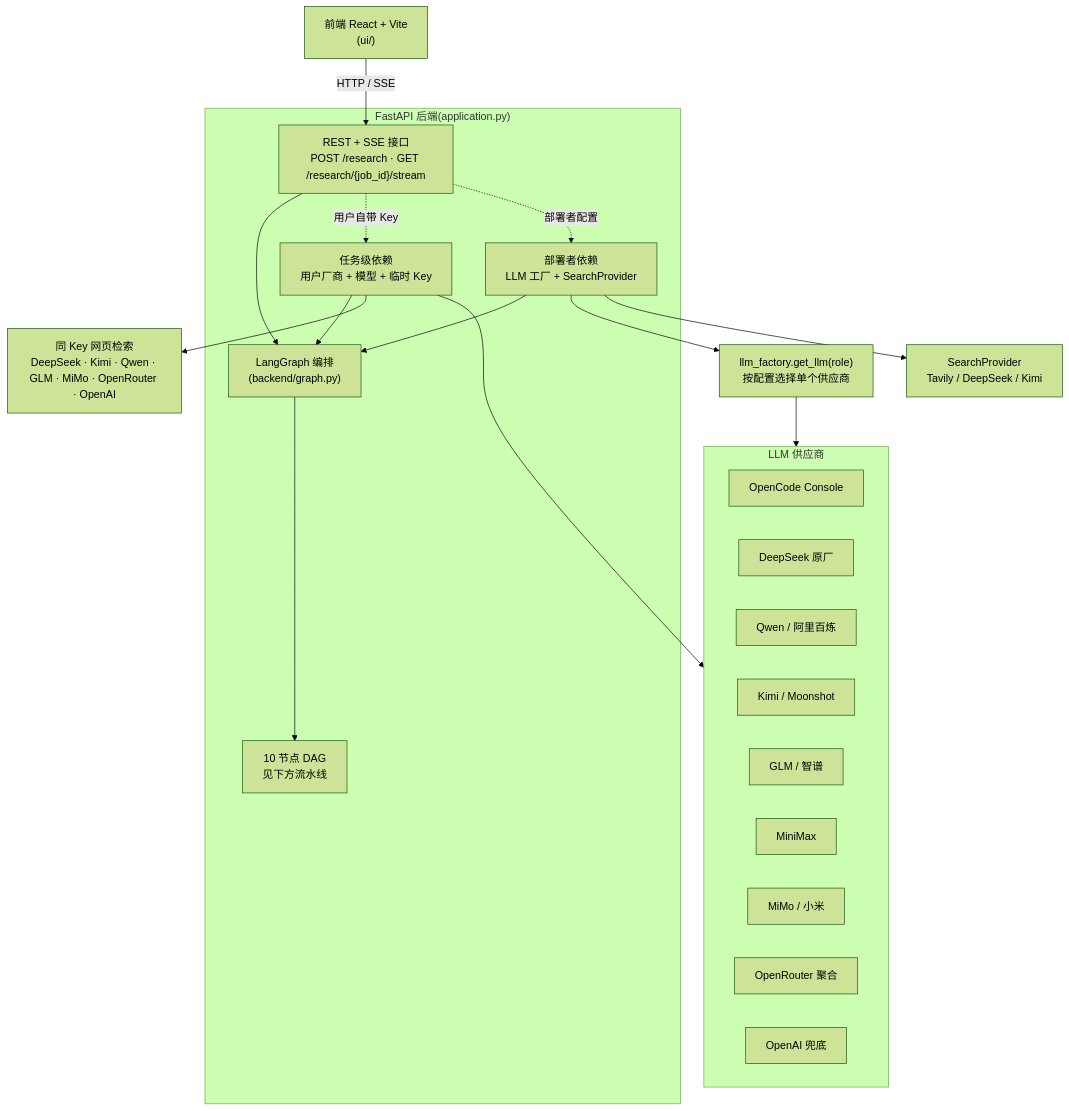
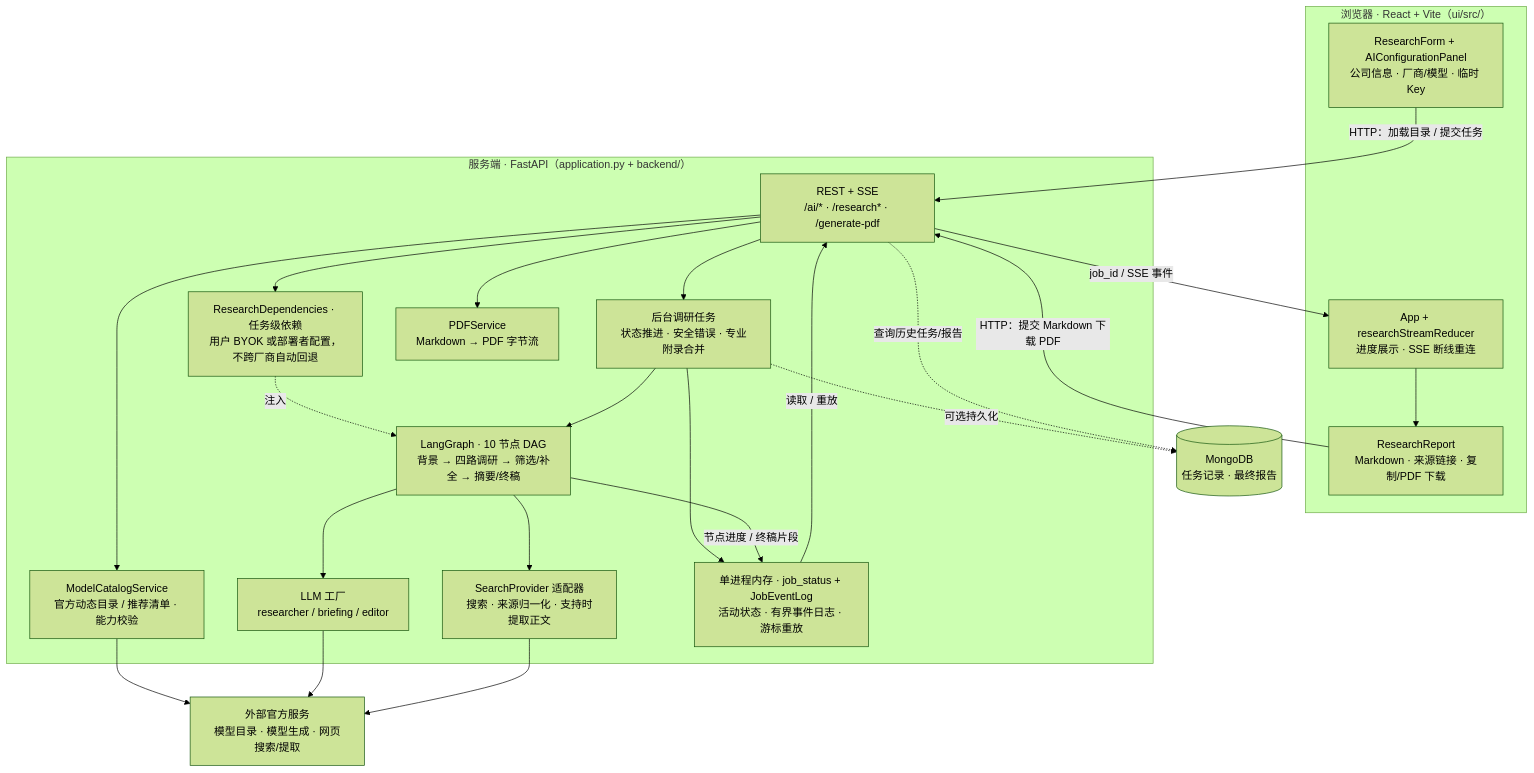
One commit to BovmantH/cn-company-research-agent changed the first of 2 diagrams in README.md. Above: the diagram before and after it, drawn with Mermaid (forest theme). The commit also changed other lines of this file, not shown here.

Commit message:
docs(architecture): 展开前后端架构并说明运行边界

````diff
--- a/README.md
+++ b/README.md
@@ -63,32 +65,42 @@
 ```mermaid
 flowchart TB
-    UI["前端 React + Vite<br/>(ui/)"] -- HTTP / SSE --> API
-    subgraph Backend["FastAPI 后端(application.py)"]
-        API["REST + SSE 接口<br/>POST /research · GET /research/{job_id}/stream"]
-        ClientDeps["任务级依赖<br/>用户厂商 + 模型 + 临时 Key"]
-        ServerDeps["部署者依赖<br/>LLM 工厂 + SearchProvider"]
-        Graph["LangGraph 编排<br/>(backend/graph.py)"]
-        API --> Graph
-        API -.用户自带 Key.-> ClientDeps
-        API -.部署者配置.-> ServerDeps
-        ClientDeps --> Graph
-        ServerDeps --> Graph
-        Graph --> Pipeline["10 节点 DAG<br/>见下方流水线"]
+    subgraph Frontend["浏览器 · React + Vite（ui/src/）"]
+        Form["ResearchForm + AIConfigurationPanel<br/>公司信息 · 厂商/模型 · 临时 Key"]
+        Progress["App + researchStreamReducer<br/>进度展示 · SSE 断线重连"]
+        Report["ResearchReport<br/>Markdown · 来源链接 · 复制/PDF 下载"]
+        Progress --> Report
     end
-    ClientDeps --> NativeSearch["同 Key 网页检索<br/>DeepSeek · Kimi · Qwen · GLM · MiMo · OpenRouter · OpenAI"]
-    ServerDeps --> LLM["llm_factory.get_llm(role)<br/>按配置选择单个供应商"]
-    ServerDeps --> Search["SearchProvider<br/>Tavily / DeepSeek / Kimi"]
-    ClientDeps --> Vendors
-    LLM --> Vendors
-    subgraph Vendors["LLM 供应商"]
-        OC[OpenCode Console]
-        D[DeepSeek 原厂]
-        Q[Qwen / 阿里百炼]
-        K[Kimi / Moonshot]
-        G[GLM / 智谱]
-        MM[MiniMax]
-        M[MiMo / 小米]
-        OR[OpenRouter 聚合]
-        OAI[OpenAI 兜底]
+    Form -->|HTTP：加载目录 / 提交任务| API
+    API -->|job_id / SSE 事件| Progress
+    Report -->|HTTP：提交 Markdown 下载 PDF| API
+
+    subgraph Backend["服务端 · FastAPI（application.py + backend/）"]
+        API["REST + SSE<br/>/ai/* · /research* · /generate-pdf"]
+        Catalog["ModelCatalogService<br/>官方动态目录 / 推荐清单 · 能力校验"]
+        Jobs["后台调研任务<br/>状态推进 · 安全错误 · 专业附录合并"]
+        Deps["ResearchDependencies · 任务级依赖<br/>用户 BYOK 或部署者配置，不跨厂商自动回退"]
+        Graph["LangGraph · 10 节点 DAG<br/>背景 → 四路调研 → 筛选/补全 → 摘要/终稿"]
+        Models["LLM 工厂<br/>researcher / briefing / editor"]
+        Search["SearchProvider 适配器<br/>搜索 · 来源归一化 · 支持时提取正文"]
+        Events["单进程内存 · job_status + JobEventLog<br/>活动状态 · 有界事件日志 · 游标重放"]
+        PDF["PDFService<br/>Markdown → PDF 字节流"]
+
+        API --> Catalog
+        API --> Jobs
+        API --> Deps
+        Deps -.注入.-> Graph
+        Jobs --> Graph
+        Graph --> Models
+        Graph --> Search
+        Jobs --> Events
+        Graph -->|节点进度 / 终稿片段| Events
+        Events -->|读取 / 重放| API
+        API --> PDF
     end
+
+    Catalog --> Vendors["外部官方服务<br/>模型目录 · 模型生成 · 网页搜索/提取"]
+    Models --> Vendors
+    Search --> Vendors
+    Jobs -.可选持久化.-> Mongo[("MongoDB<br/>任务记录 · 最终报告")]
+    API -.查询历史任务/报告.-> Mongo
 ```
````
